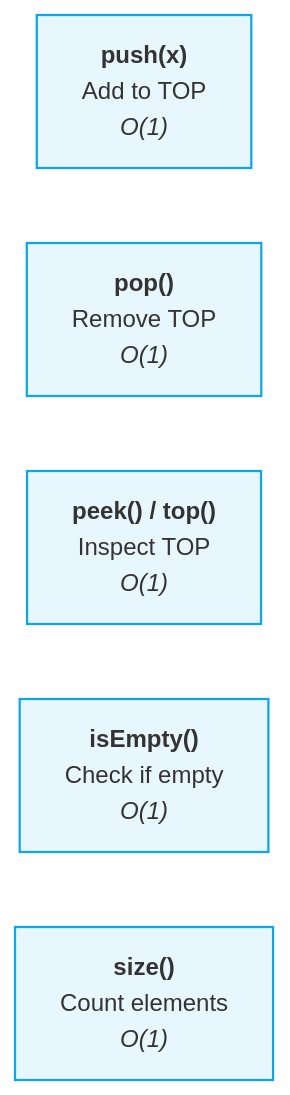
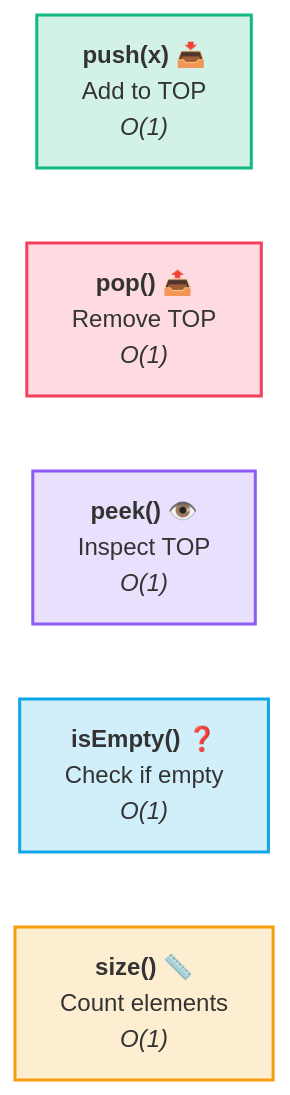
The second of 5 diagrams in CS/DSA/06. Stacks & Queues/01. Stack Fundamentals.md (abhinavbharti2345/CS_Notes), drawn with Mermaid before and after one commit. The commit also changed other lines of this file and 20 other files, not shown here.

Commit message:
feat: add foundational notes and diagrams for computer networking, data structures, and machine learning pipelines

````diff
--- a/CS/DSA/06. Stacks & Queues/01. Stack Fundamentals.md
+++ b/CS/DSA/06. Stacks & Queues/01. Stack Fundamentals.md
@@ -68,11 +68,20 @@
 ```mermaid
 flowchart LR
-    Op1["<b>push(x)</b><br/>Add to TOP<br/><i>O(1)</i>"]
-    Op2["<b>pop()</b><br/>Remove TOP<br/><i>O(1)</i>"]
-    Op3["<b>peek() / top()</b><br/>Inspect TOP<br/><i>O(1)</i>"]
-    Op4["<b>isEmpty()</b><br/>Check if empty<br/><i>O(1)</i>"]
-    Op5["<b>size()</b><br/>Count elements<br/><i>O(1)</i>"]
+    Op1["<b>push(x) 📥</b><br/>Add to TOP<br/><i>O(1)</i>"]
+    Op2["<b>pop() 📤</b><br/>Remove TOP<br/><i>O(1)</i>"]
+    Op3["<b>peek() 👁️</b><br/>Inspect TOP<br/><i>O(1)</i>"]
+    Op4["<b>isEmpty() ❓</b><br/>Check if empty<br/><i>O(1)</i>"]
+    Op5["<b>size() 📏</b><br/>Count elements<br/><i>O(1)</i>"]
 
-    classDef opBox fill:#0ea5e918,stroke:#0ea5e9,stroke-width:1.5px;
-    class Op1,Op2,Op3,Op4,Op5 opBox;
+    classDef op1 fill:#10b98130,stroke:#10b981,stroke-width:2px;
+    classDef op2 fill:#f43f5e30,stroke:#f43f5e,stroke-width:2px;
+    classDef op3 fill:#8b5cf630,stroke:#8b5cf6,stroke-width:2px;
+    classDef op4 fill:#0ea5e930,stroke:#0ea5e9,stroke-width:2px;
+    classDef op5 fill:#f59e0b30,stroke:#f59e0b,stroke-width:2px;
+
+    class Op1 op1;
+    class Op2 op2;
+    class Op3 op3;
+    class Op4 op4;
+    class Op5 op5;
 ```
````
